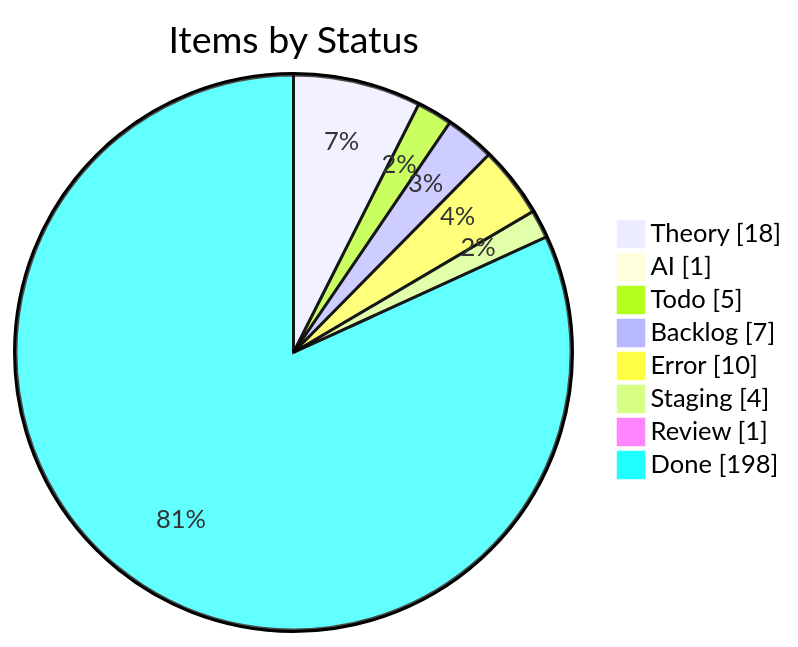
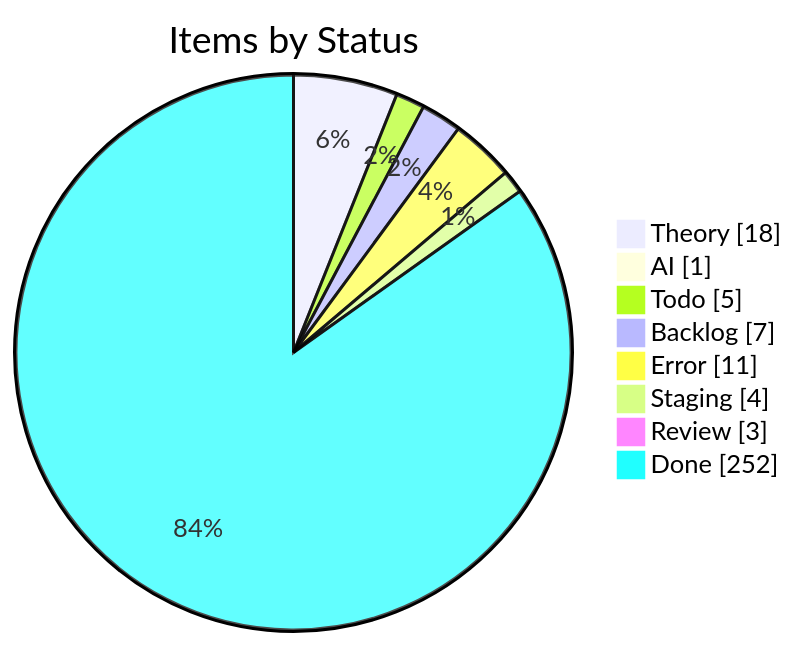
One commit to KBVE/kbve changed the first of 4 diagrams in apps/kbve/astro-kbve/src/content/docs/dashboard/kanban.mdx. Above: the diagram before and after it, drawn with Mermaid. The commit also changed other lines of this file and 8 other files, not shown here.

````diff
--- a/apps/kbve/astro-kbve/src/content/docs/dashboard/kanban.mdx
+++ b/apps/kbve/astro-kbve/src/content/docs/dashboard/kanban.mdx
@@ -55,12 +55,12 @@
 ```mermaid
 pie showData
     title Items by Status
     "Theory" : 18
     "AI" : 1
     "Todo" : 5
     "Backlog" : 7
-    "Error" : 10
+    "Error" : 11
     "Staging" : 4
-    "Review" : 1
-    "Done" : 198
+    "Review" : 3
+    "Done" : 252
 ```
````
